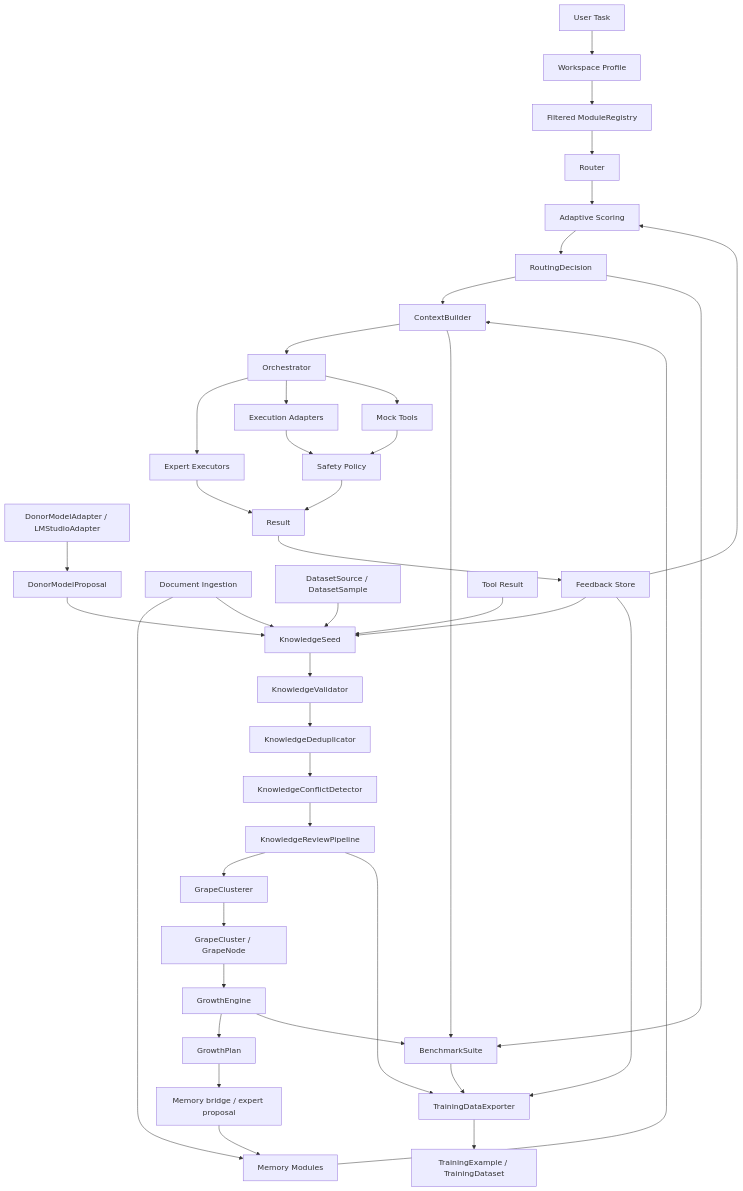
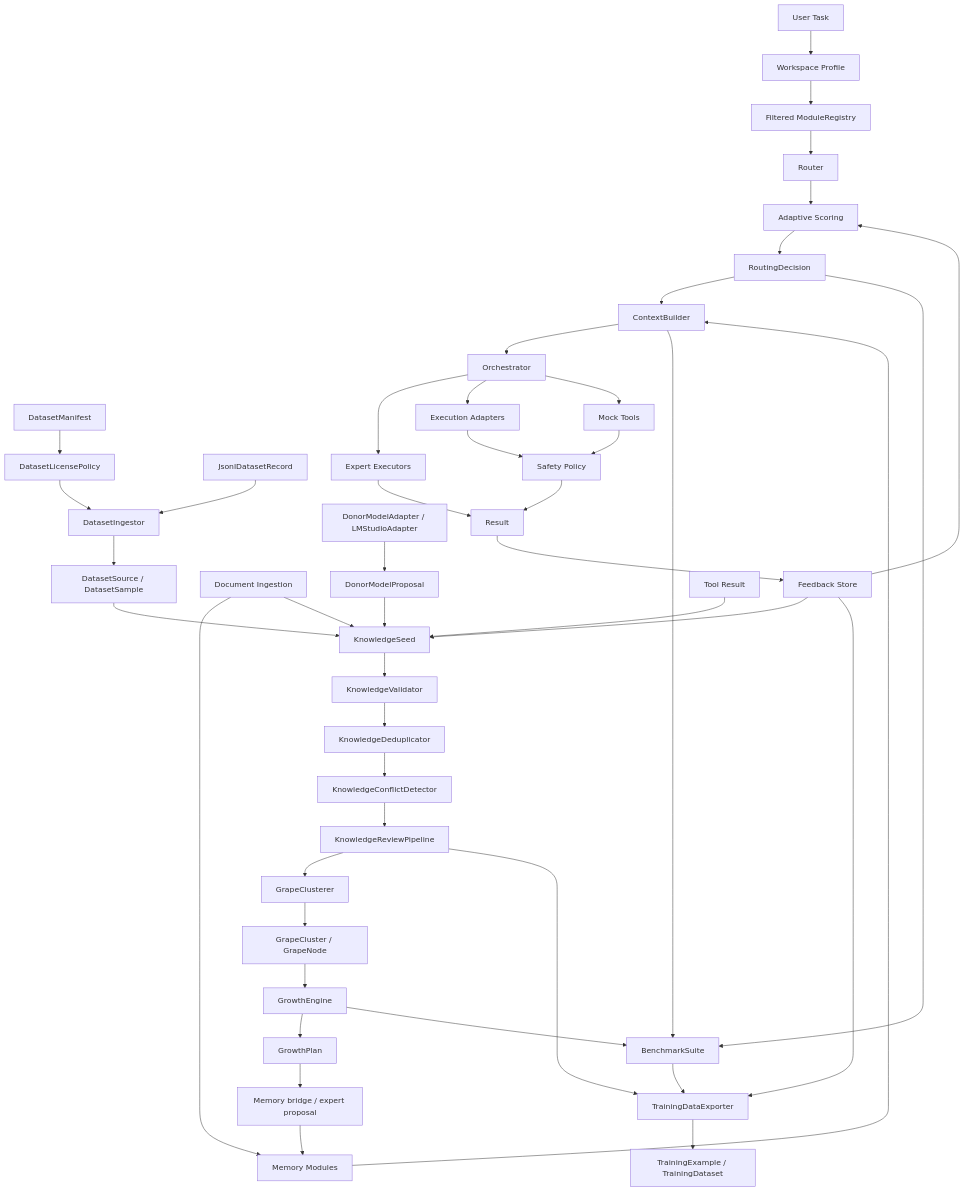
The diagram in docs/architecture.md (Robotyaga/Grona), drawn with Mermaid before and after one commit. The commit also changed other lines of this file and 13 other files, not shown here.

First line of the commit message:
Add dataset manifest and JSONL ingestion foundation

````diff
--- a/docs/architecture.md
+++ b/docs/architecture.md
@@ -21,44 +21,48 @@
 ```mermaid
 flowchart TD
     A[User Task] --> B[Workspace Profile]
     B --> C[Filtered ModuleRegistry]
     C --> D[Router]
     F[Feedback Store] --> E[Adaptive Scoring]
     D --> E
     E --> G[RoutingDecision]
     H[Memory Modules] --> I[ContextBuilder]
     J[Document Ingestion] --> H
-    DS[DatasetSource / DatasetSample] --> Q[KnowledgeSeed]
+    MF[DatasetManifest] --> LP[DatasetLicensePolicy]
+    JL[JsonlDatasetRecord] --> DI[DatasetIngestor]
+    LP --> DI
+    DI --> DS[DatasetSource / DatasetSample]
+    DS --> Q[KnowledgeSeed]
     DM[DonorModelAdapter / LMStudioAdapter] --> DP[DonorModelProposal]
     DP --> Q
     J --> Q
     R[Tool Result] --> Q
     F --> Q
     Q --> S[KnowledgeValidator]
     S --> U[KnowledgeDeduplicator]
     U --> V[KnowledgeConflictDetector]
     V --> W[KnowledgeReviewPipeline]
     W --> X[GrapeClusterer]
     X --> Y[GrapeCluster / GrapeNode]
     Y --> Z[GrowthEngine]
     Z --> AA[GrowthPlan]
     AA --> AB[Memory bridge / expert proposal]
     AB --> H
     G --> I
     I --> K[Orchestrator]
     K --> L[Expert Executors]
     K --> M[Execution Adapters]
     K --> N[Mock Tools]
     M --> O[Safety Policy]
     N --> O
     O --> P[Result]
     L --> P
     P --> F
     G --> BS[BenchmarkSuite]
     I --> BS
     Z --> BS
     W --> TD[TrainingDataExporter]
     F --> TD
     BS --> TD
     TD --> TE[TrainingExample / TrainingDataset]
 ```
````
